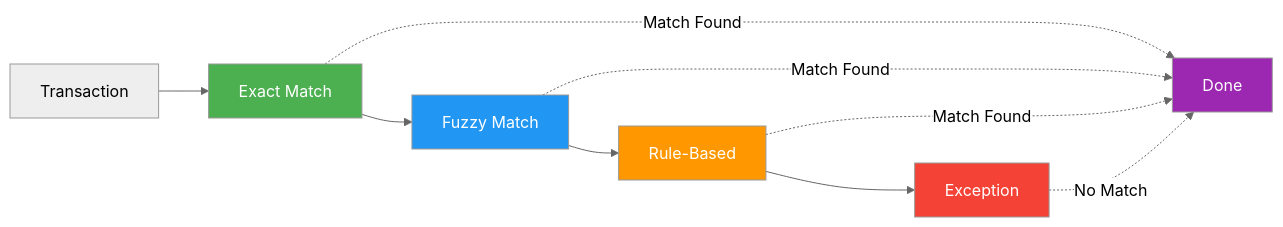
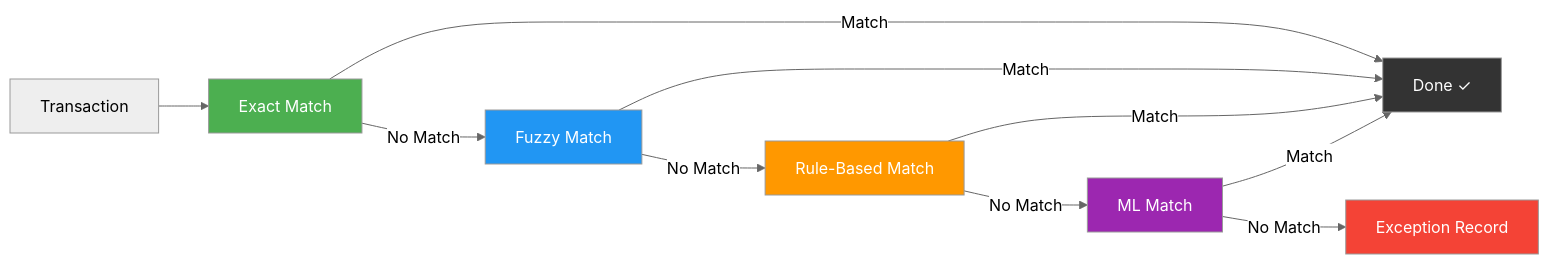
Before and after one commit to DynamicKarabo/recon-engine: the second of 2 diagrams in README.md, drawn with Mermaid (neutral theme). The commit also changed other lines of this file and 2 other files, not shown here.

````diff
--- a/README.md
+++ b/README.md
@@ -148,18 +165,19 @@
 ```mermaid
 flowchart LR
-    T[Transaction] --> EX[Exact Match]
-    EX --> FZ[Fuzzy Match]
-    FZ --> RB[Rule-Based]
-    RB --> EXC[Exception]
-    
-    EX -.->|"Match Found"| DONE[Done]
-    FZ -.->|"Match Found"| DONE
-    RB -.->|"Match Found"| DONE
-    EXC -.->|"No Match"| DONE
-    
+    TX[Transaction] --> EX[Exact Match]
+    EX -->|Match| DONE[Done ✓]
+    EX -->|No Match| FZ[Fuzzy Match]
+    FZ -->|Match| DONE
+    FZ -->|No Match| RB[Rule-Based Match]
+    RB -->|Match| DONE
+    RB -->|No Match| ML[ML Match]
+    ML -->|Match| DONE
+    ML -->|No Match| EXC[Exception Record]
+
     style EX fill:#4CAF50,color:#fff
     style FZ fill:#2196F3,color:#fff
     style RB fill:#FF9800,color:#fff
+    style ML fill:#9C27B0,color:#fff
     style EXC fill:#f44336,color:#fff
-    style DONE fill:#9C27B0,color:#fff
+    style DONE fill:#333,color:#fff
 ```
````
